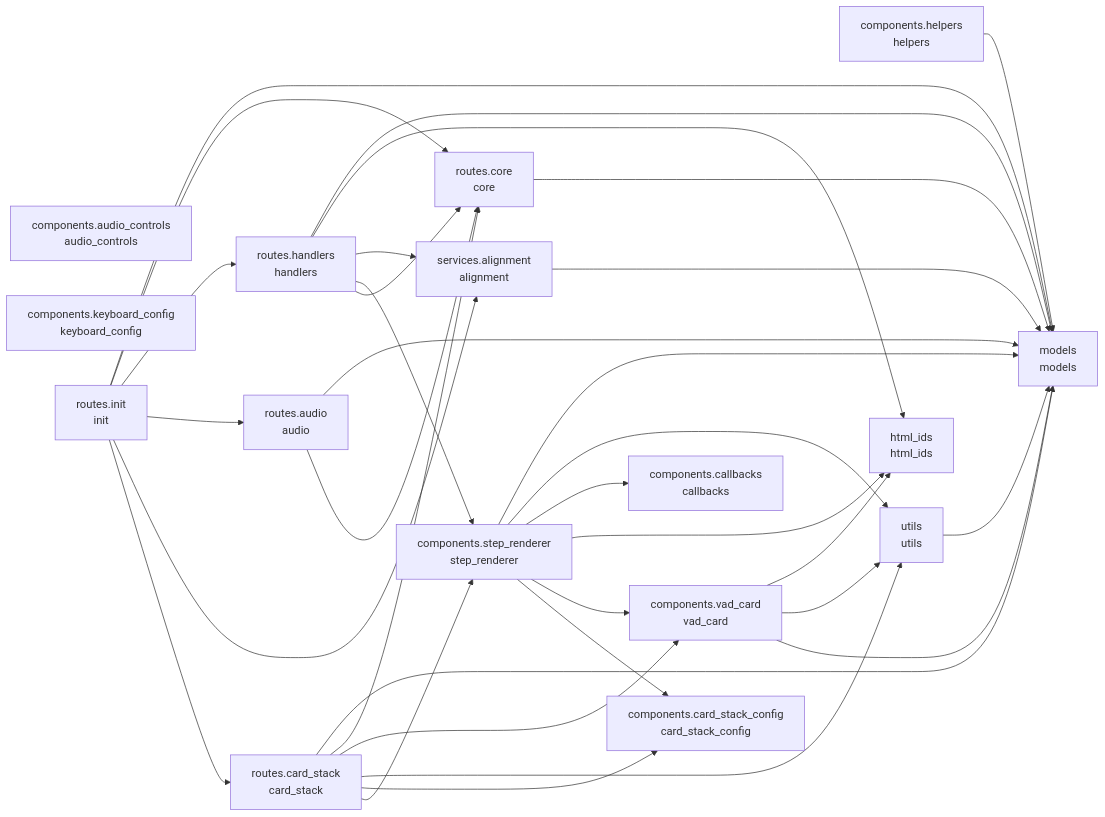
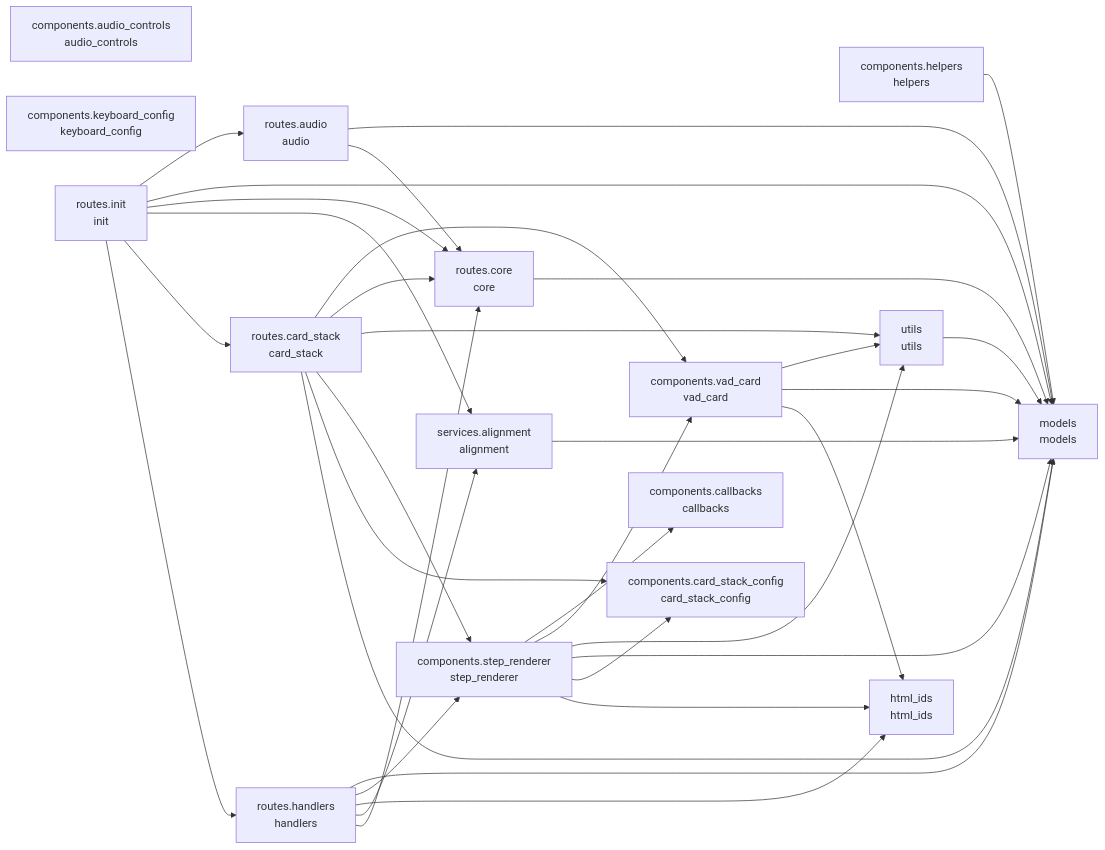
Before and after one commit to cj-mills/cjm-transcript-vad-align: the diagram in README.md, drawn with Mermaid. The commit also changed other lines of this file and 4 other files, not shown here.

````diff
--- a/README.md
+++ b/README.md
@@ -39,52 +39,52 @@
 ``` mermaid
 graph LR
     components_audio_controls[components.audio_controls<br/>audio_controls]
     components_callbacks[components.callbacks<br/>callbacks]
     components_card_stack_config[components.card_stack_config<br/>card_stack_config]
     components_helpers[components.helpers<br/>helpers]
     components_keyboard_config[components.keyboard_config<br/>keyboard_config]
     components_step_renderer[components.step_renderer<br/>step_renderer]
     components_vad_card[components.vad_card<br/>vad_card]
     html_ids[html_ids<br/>html_ids]
     models[models<br/>models]
     routes_audio[routes.audio<br/>audio]
     routes_card_stack[routes.card_stack<br/>card_stack]
     routes_core[routes.core<br/>core]
     routes_handlers[routes.handlers<br/>handlers]
     routes_init[routes.init<br/>init]
     services_alignment[services.alignment<br/>alignment]
     utils[utils<br/>utils]
 
     components_helpers --> models
+    components_step_renderer --> components_callbacks
+    components_step_renderer --> components_vad_card
+    components_step_renderer --> utils
     components_step_renderer --> models
-    components_step_renderer --> utils
-    components_step_renderer --> components_callbacks
+    components_step_renderer --> components_card_stack_config
     components_step_renderer --> html_ids
-    components_step_renderer --> components_vad_card
-    components_step_renderer --> components_card_stack_config
-    components_vad_card --> html_ids
     components_vad_card --> utils
     components_vad_card --> models
+    components_vad_card --> html_ids
     routes_audio --> models
     routes_audio --> routes_core
+    routes_card_stack --> components_vad_card
+    routes_card_stack --> routes_core
+    routes_card_stack --> utils
+    routes_card_stack --> components_step_renderer
+    routes_card_stack --> components_card_stack_config
     routes_card_stack --> models
-    routes_card_stack --> routes_core
-    routes_card_stack --> components_vad_card
-    routes_card_stack --> utils
-    routes_card_stack --> components_card_stack_config
-    routes_card_stack --> components_step_renderer
     routes_core --> models
     routes_handlers --> models
+    routes_handlers --> components_step_renderer
     routes_handlers --> html_ids
     routes_handlers --> services_alignment
-    routes_handlers --> components_step_renderer
     routes_handlers --> routes_core
+    routes_init --> routes_audio
     routes_init --> models
     routes_init --> routes_core
-    routes_init --> routes_handlers
-    routes_init --> routes_audio
     routes_init --> services_alignment
     routes_init --> routes_card_stack
+    routes_init --> routes_handlers
     services_alignment --> models
     utils --> models
 ```
````
